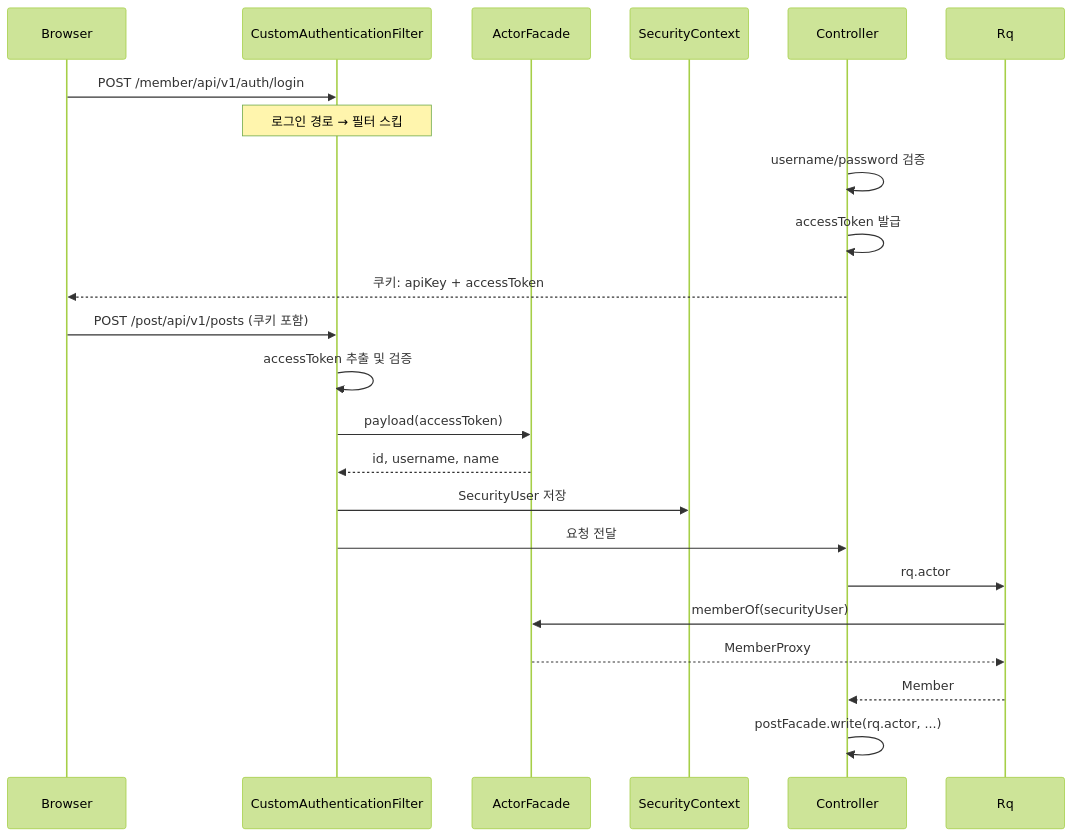
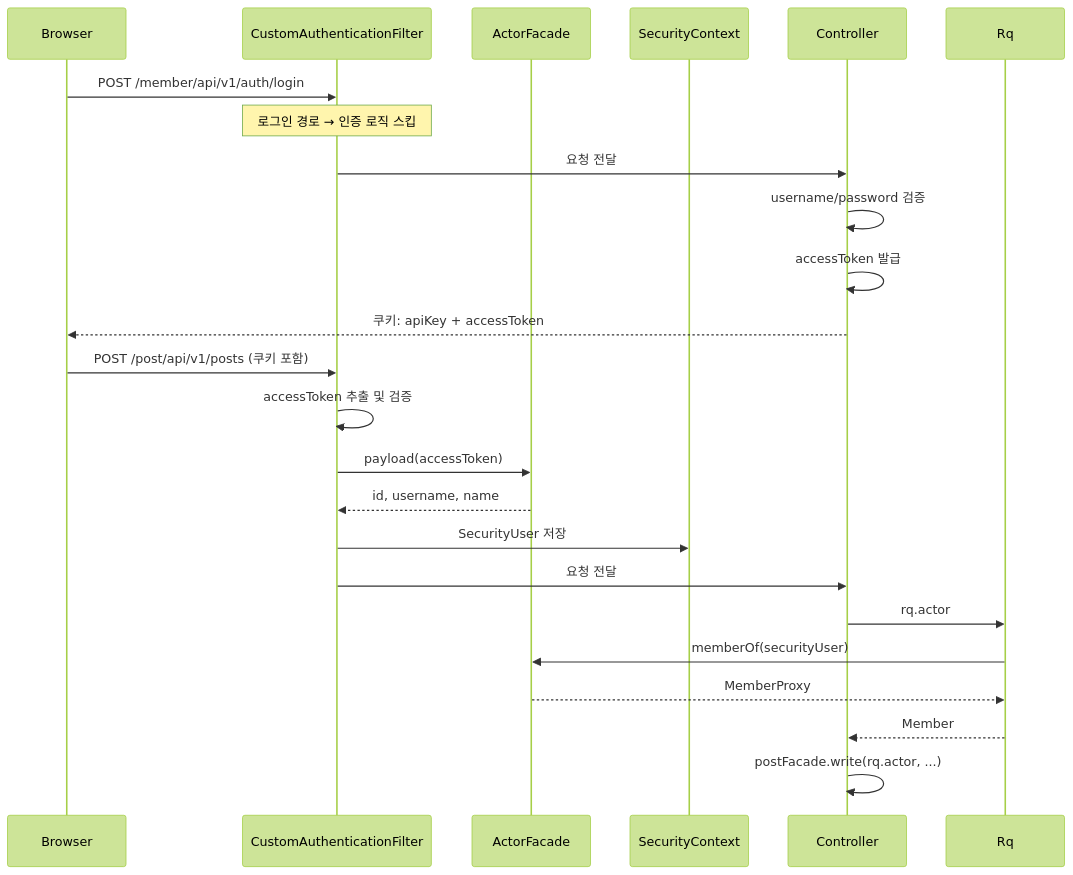
Before and after one commit to jhs512/slog_2026_03: the seventh of 7 diagrams in back/README.md, drawn with Mermaid (forest theme). The commit also changed other lines of this file, not shown here.

````diff
--- a/back/README.md
+++ b/back/README.md
@@ -2899,27 +2894,28 @@
 ```mermaid
 sequenceDiagram
     participant Browser
     participant Filter as CustomAuthenticationFilter
     participant AF as ActorFacade
     participant SC as SecurityContext
     participant CT as Controller
     participant RQ as Rq
 
     Browser->>Filter: POST /member/api/v1/auth/login
-    Note over Filter: 로그인 경로 → 필터 스킵
+    Note over Filter: 로그인 경로 → 인증 로직 스킵
+    Filter->>CT: 요청 전달
     CT->>CT: username/password 검증
     CT->>CT: accessToken 발급
     CT-->>Browser: 쿠키: apiKey + accessToken
 
     Browser->>Filter: POST /post/api/v1/posts (쿠키 포함)
     Filter->>Filter: accessToken 추출 및 검증
     Filter->>AF: payload(accessToken)
     AF-->>Filter: id, username, name
     Filter->>SC: SecurityUser 저장
     Filter->>CT: 요청 전달
     CT->>RQ: rq.actor
     RQ->>AF: memberOf(securityUser)
     AF-->>RQ: MemberProxy
     RQ-->>CT: Member
     CT->>CT: postFacade.write(rq.actor, ...)
 ```
````
